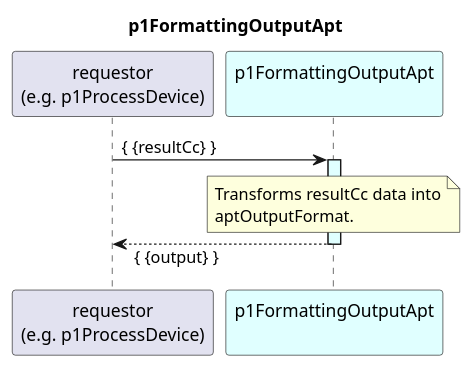
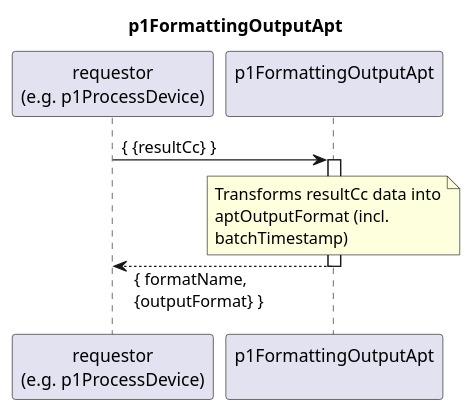
Before and after one commit to openBackhaul/DevicePerformanceManagementDataProcessor: the diagram in spec/Functions/p1StreamPmData/p1ProcessDevice/p1FormattingOutputApt/1.0.0/p1FormattingOutputApt.plantuml, drawn with PlantUML. The commit also changed 15 other files, not shown here.

Commit message:
Down version p1FormattingOutputApt

```diff
--- a/spec/Functions/p1StreamPmData/p1ProcessDevice/p1FormattingOutputApt/1.0.0/p1FormattingOutputApt.plantuml
+++ b/spec/Functions/p1StreamPmData/p1ProcessDevice/p1FormattingOutputApt/1.0.0/p1FormattingOutputApt.plantuml
@@ -1,22 +1,23 @@
 @startuml p1FormattingOutputApt
 skinparam responseMessageBelowArrow true
 
 title
   p1FormattingOutputApt
 end title
 
 participant "requestor\n(e.g. p1ProcessDevice)" as requestor
-participant "p1FormattingOutputApt\n" as cur #LightCyan
+participant "p1FormattingOutputApt\n" as cur
 
 requestor -> cur: { {resultCc} }
-activate cur #LightCyan
+activate cur
 
   note over cur
     Transforms resultCc data into
-    aptOutputFormat.
+    aptOutputFormat (incl.
+    batchTimestamp)
   end note
 
-requestor <-- cur: { {output} }
+requestor <-- cur: { formatName,\n{outputFormat} }
 deactivate cur
 
 @enduml
```
